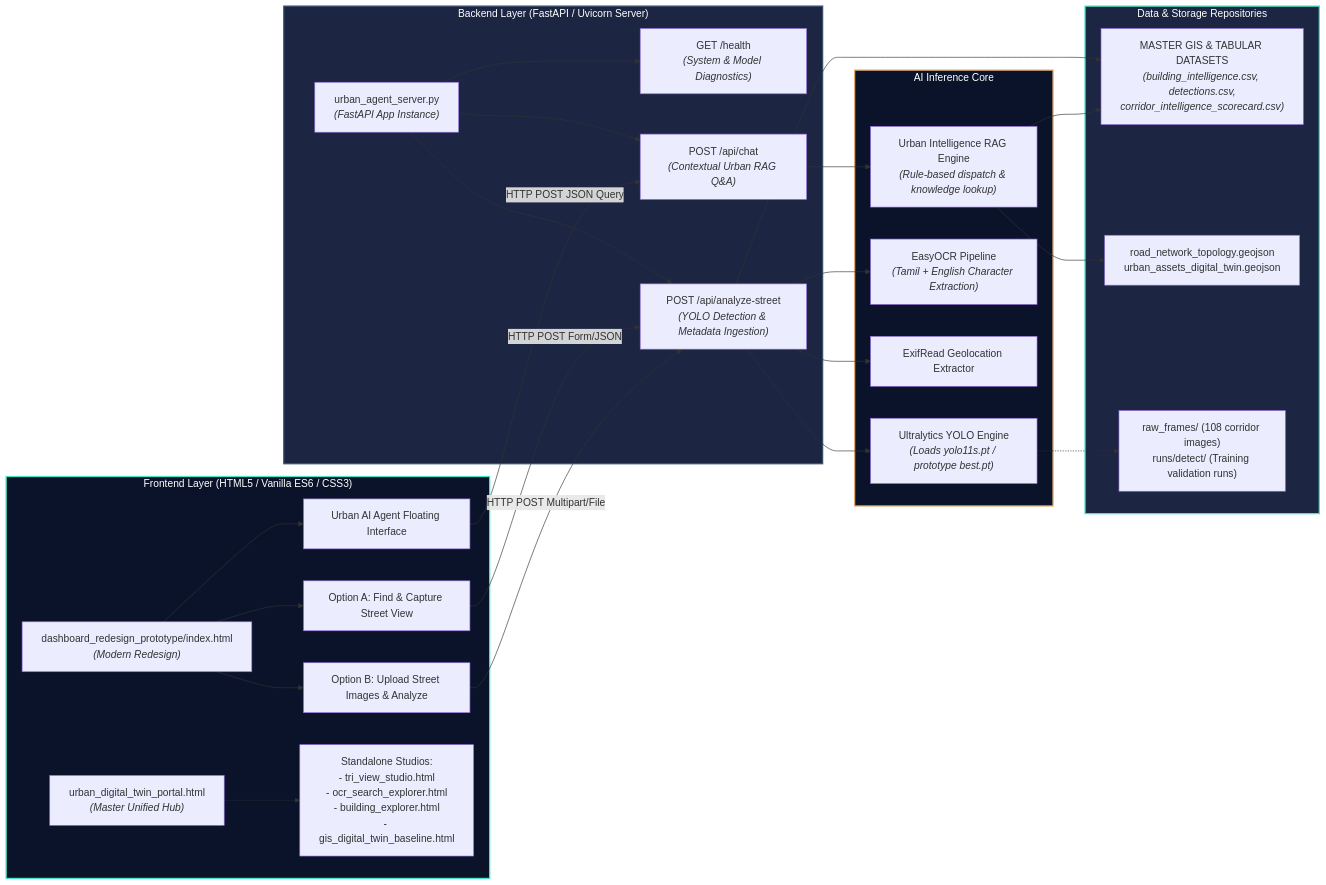
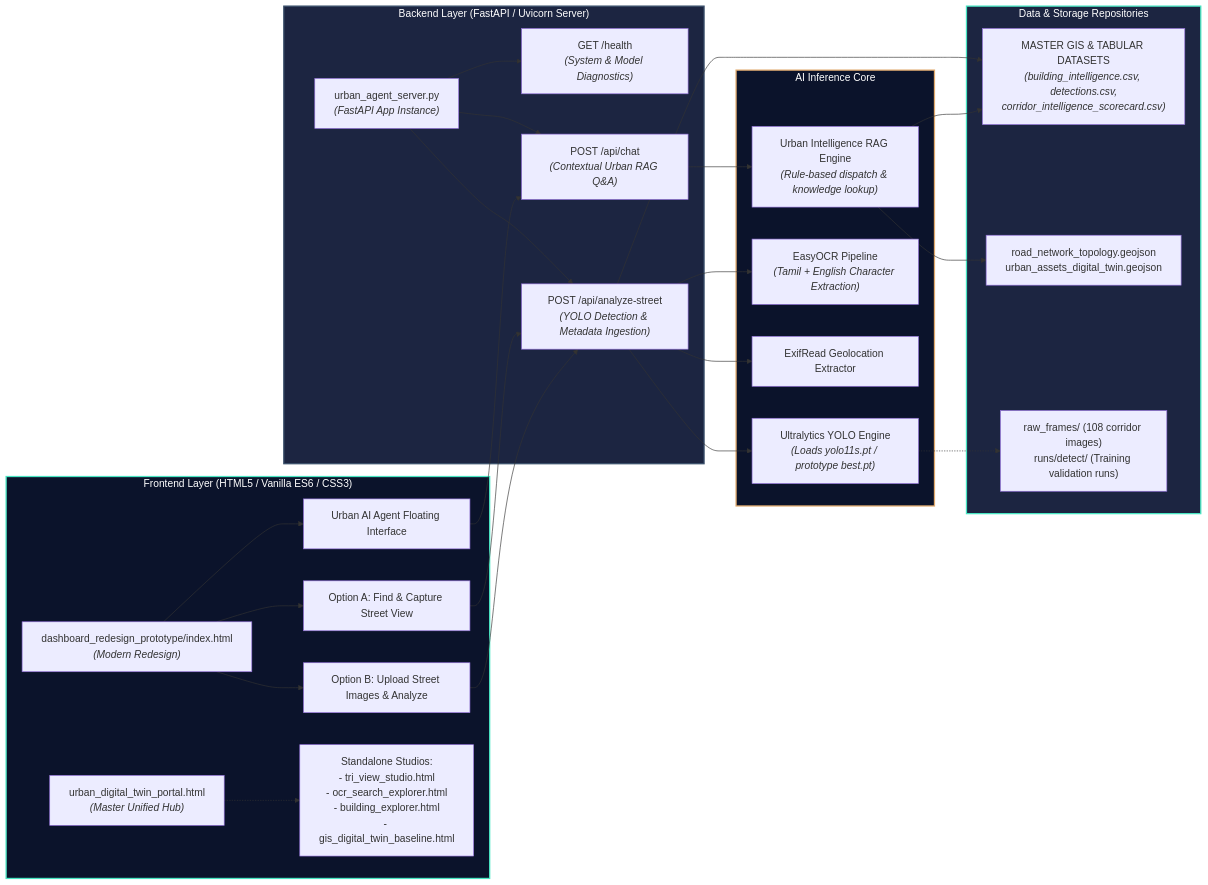
One commit to Vaigunth27-cloud/farm-ai changed the diagram in project_documentation/diagrams/03_component_architecture.mmd. Above: the diagram before and after it, drawn with Mermaid. The commit also changed 25 other files, not shown here.

Commit message:
feat: render all 12 mermaid diagrams to high-res viewable PNG flowcharts and add visual gallery

```diff
--- a/project_documentation/diagrams/03_component_architecture.mmd
+++ b/project_documentation/diagrams/03_component_architecture.mmd
@@ -1,57 +1,57 @@
 graph LR
     subgraph Frontend_Presentation["Frontend Layer (HTML5 / Vanilla ES6 / CSS3)"]
         MASTER_PORTAL["urban_digital_twin_portal.html<br/><i>(Master Unified Hub)</i>"]
         PROTO_APP["dashboard_redesign_prototype/index.html<br/><i>(Modern Redesign)</i>"]
         OPT_A_PAGE["Option A: Find & Capture Street View"]
         OPT_B_PAGE["Option B: Upload Street Images & Analyze"]
         AGENT_MODAL["Urban AI Agent Floating Interface"]
         STUDIOS_GROUP["Standalone Studios:<br/>- tri_view_studio.html<br/>- ocr_search_explorer.html<br/>- building_explorer.html<br/>- gis_digital_twin_baseline.html"]
 
         PROTO_APP --> OPT_A_PAGE
         PROTO_APP --> OPT_B_PAGE
         PROTO_APP --> AGENT_MODAL
         MASTER_PORTAL -.-> STUDIOS_GROUP
     end
 
     subgraph Backend_Services["Backend Layer (FastAPI / Uvicorn Server)"]
         SRV["urban_agent_server.py<br/><i>(FastAPI App Instance)</i>"]
         EP_HEALTH["GET /health<br/><i>(System & Model Diagnostics)</i>"]
         EP_ANALYZE["POST /api/analyze-street<br/><i>(YOLO Detection & Metadata Ingestion)</i>"]
         EP_CHAT["POST /api/chat<br/><i>(Contextual Urban RAG Q&A)</i>"]
 
         SRV --> EP_HEALTH
         SRV --> EP_ANALYZE
         SRV --> EP_CHAT
     end
 
     subgraph Model_Inference["AI Inference Core"]
         YOLO_MGR["Ultralytics YOLO Engine<br/><i>(Loads yolo11s.pt / prototype best.pt)</i>"]
         OCR_MGR["EasyOCR Pipeline<br/><i>(Tamil + English Character Extraction)</i>"]
         EXIF_MGR["ExifRead Geolocation Extractor"]
         RAG_MGR["Urban Intelligence RAG Engine<br/><i>(Rule-based dispatch & knowledge lookup)</i>"]
 
         EP_ANALYZE --> YOLO_MGR
         EP_ANALYZE --> OCR_MGR
         EP_ANALYZE --> EXIF_MGR
         EP_CHAT --> RAG_MGR
     end
 
     subgraph Data_Repository["Data & Storage Repositories"]
         GIS_STORE["MASTER GIS & TABULAR DATASETS<br/><i>(building_intelligence.csv, detections.csv,<br/>corridor_intelligence_scorecard.csv)</i>"]
         GEOJSON_STORE["road_network_topology.geojson<br/>urban_assets_digital_twin.geojson"]
         IMG_ARCHIVE["raw_frames/ (108 corridor images)<br/>runs/detect/ (Training validation runs)"]
 
         EP_ANALYZE --> GIS_STORE
         RAG_MGR --> GIS_STORE
         RAG_MGR --> GEOJSON_STORE
         YOLO_MGR -.-> IMG_ARCHIVE
     end
 
-    OPT_A_PAGE -->|HTTP POST Form/JSON| EP_ANALYZE
-    OPT_B_PAGE -->|HTTP POST Multipart/File| EP_ANALYZE
-    AGENT_MODAL -->|HTTP POST JSON Query| EP_CHAT
+    OPT_A_PAGE --> EP_ANALYZE
+    OPT_B_PAGE --> EP_ANALYZE
+    AGENT_MODAL --> EP_CHAT
 
     style Frontend_Presentation fill:#0B132B,stroke:#48E5C2,stroke-width:2px,color:#FFFFFF
     style Backend_Services fill:#1C2541,stroke:#3A506B,stroke-width:2px,color:#FFFFFF
     style Model_Inference fill:#0B132B,stroke:#E0A96D,stroke-width:2px,color:#FFFFFF
     style Data_Repository fill:#1C2541,stroke:#48E5C2,stroke-width:2px,color:#FFFFFF
```
